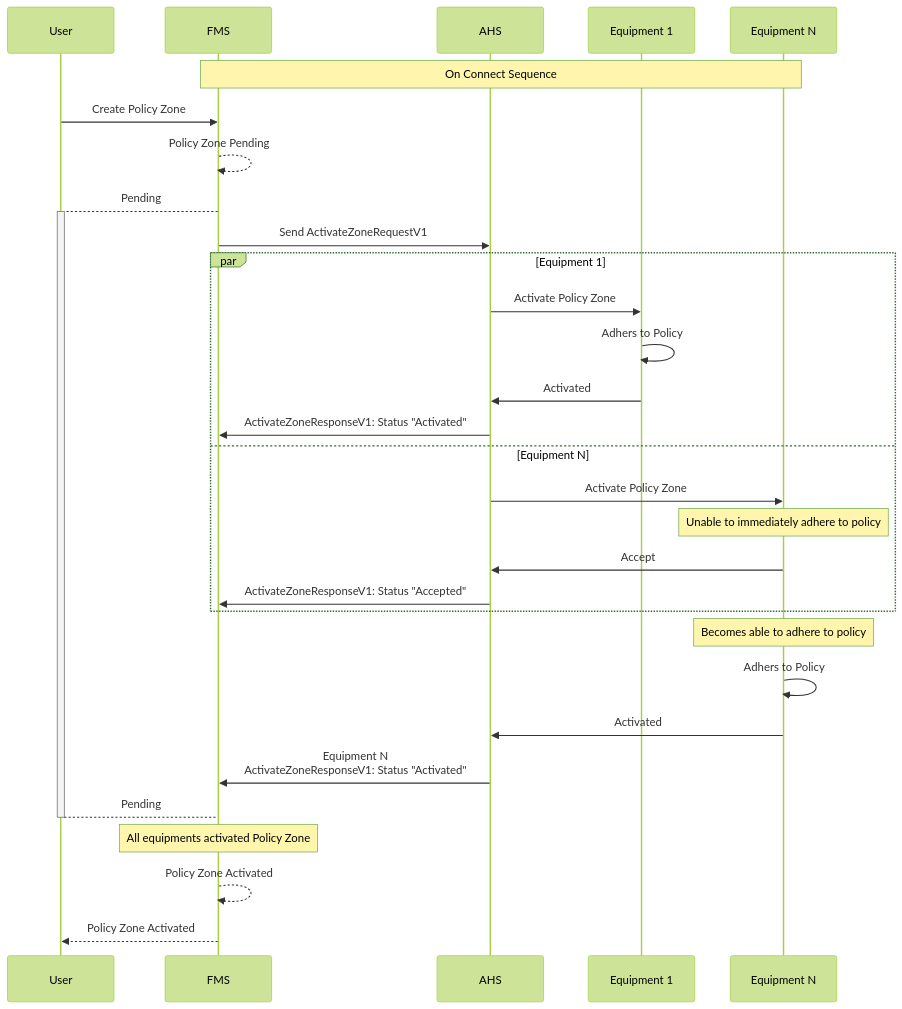
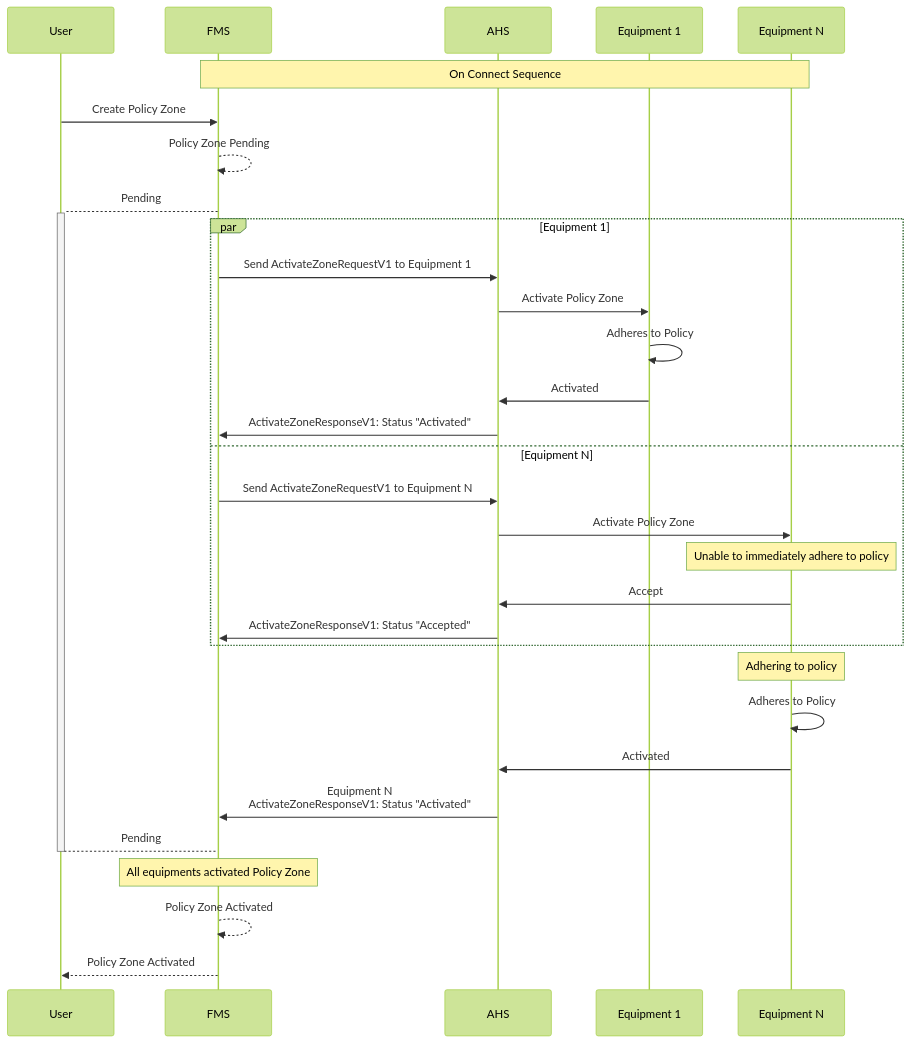
One commit to open-autonomy/zone changed the first of 6 diagrams in diagram/SequenceDiagrams.md. Above: the diagram before and after it, drawn with Mermaid (forest theme). The commit also changed other lines of this file and 5 other files, not shown here.

````diff
--- a/diagram/SequenceDiagrams.md
+++ b/diagram/SequenceDiagrams.md
@@ -13,34 +13,35 @@
 ```mermaid
 sequenceDiagram
     participant User
     participant FMS
     participant AHS
     participant Equipment 1
     participant Equipment N
 
     Note over FMS,Equipment N: On Connect Sequence
     User->>FMS: Create Policy Zone
     FMS-->>FMS: Policy Zone Pending
     FMS-->+User: Pending
-    FMS->>AHS: Send ActivateZoneRequestV1
     par Equipment 1
+        FMS->>AHS: Send ActivateZoneRequestV1 to Equipment 1
         AHS->>Equipment 1: Activate Policy Zone
-        Equipment 1->>Equipment 1: Adhers to Policy
+        Equipment 1->>Equipment 1: Adheres to Policy
         Equipment 1->>AHS: Activated
         AHS->>FMS: ActivateZoneResponseV1: Status "Activated"
     and Equipment N
+        FMS->>AHS: Send ActivateZoneRequestV1 to Equipment N
         AHS->>Equipment N: Activate Policy Zone
         Note Over Equipment N: Unable to immediately adhere to policy
         Equipment N->>AHS: Accept
         AHS->>FMS: ActivateZoneResponseV1: Status "Accepted"
     end 
-    Note Over Equipment N: Becomes able to adhere to policy
-    Equipment N->>Equipment N: Adhers to Policy
+    Note Over Equipment N: Adhering to policy
+    Equipment N->>Equipment N: Adheres to Policy
     Equipment N->>AHS: Activated
     
     AHS->>FMS: Equipment N <br/> ActivateZoneResponseV1: Status "Activated"
     User-->-FMS: Pending
     Note Over FMS: All equipments activated Policy Zone
     FMS-->>FMS: Policy Zone Activated
     FMS-->>User: Policy Zone Activated
 ```
````
